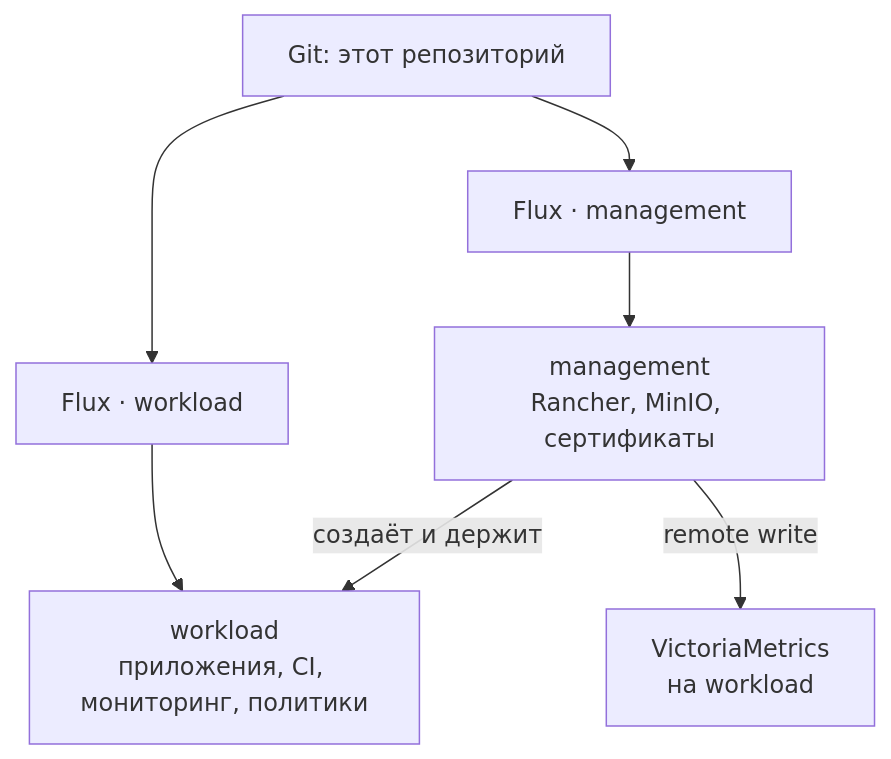
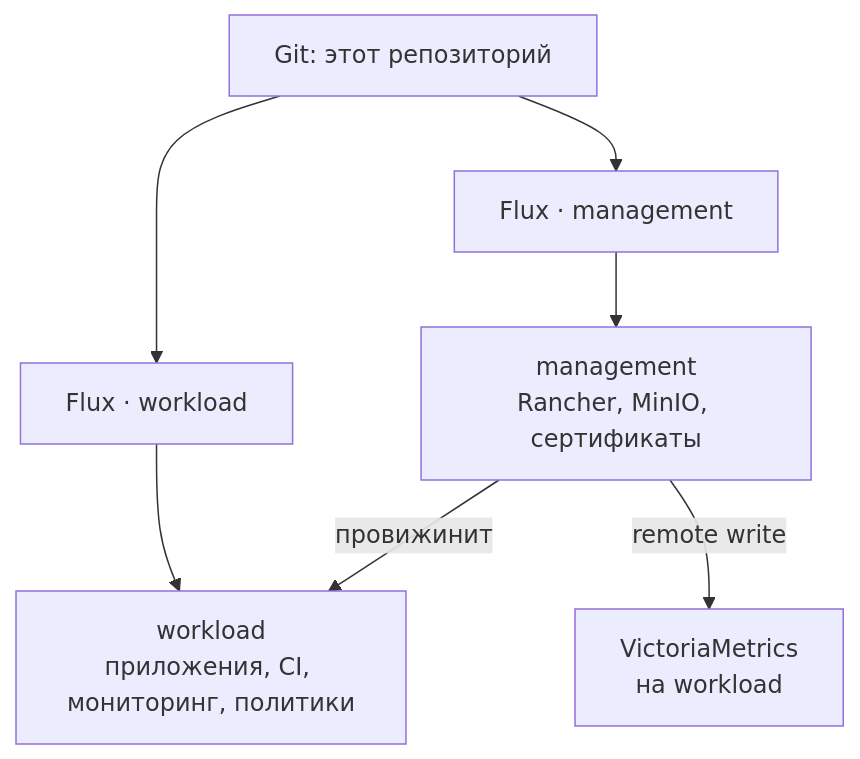
The diagram in README.md (BlackoJack/k8s-gitops-platform), drawn with Mermaid before and after one commit. The commit also changed other lines of this file and 64 other files, not shown here.

````diff
--- a/README.md
+++ b/README.md
@@ -14,10 +14,10 @@
 ```mermaid
 flowchart TB
   git["Git: этот репозиторий"]
   git --> fluxM["Flux · management"]
   git --> fluxW["Flux · workload"]
   fluxM --> mgmt["management<br/>Rancher, MinIO, сертификаты"]
-  mgmt -->|"создаёт и держит"| work["workload<br/>приложения, CI, мониторинг, политики"]
+  mgmt -->|"провижинит"| work["workload<br/>приложения, CI, мониторинг, политики"]
   fluxW --> work
   mgmt -->|"remote write"| vm["VictoriaMetrics<br/>на workload"]
 ```
````
